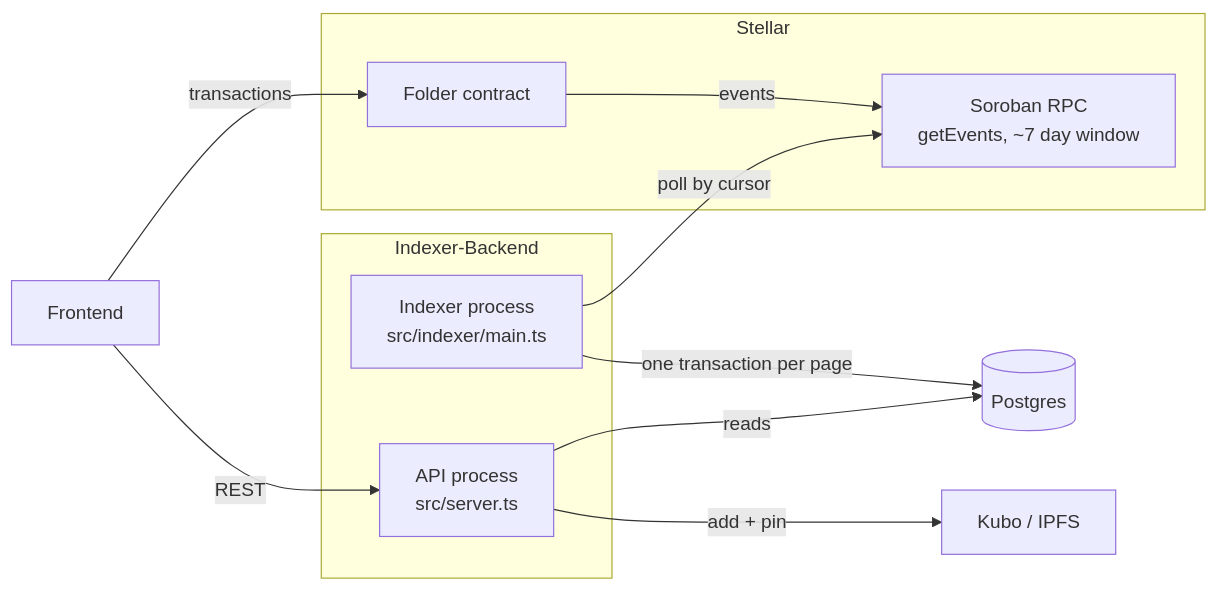
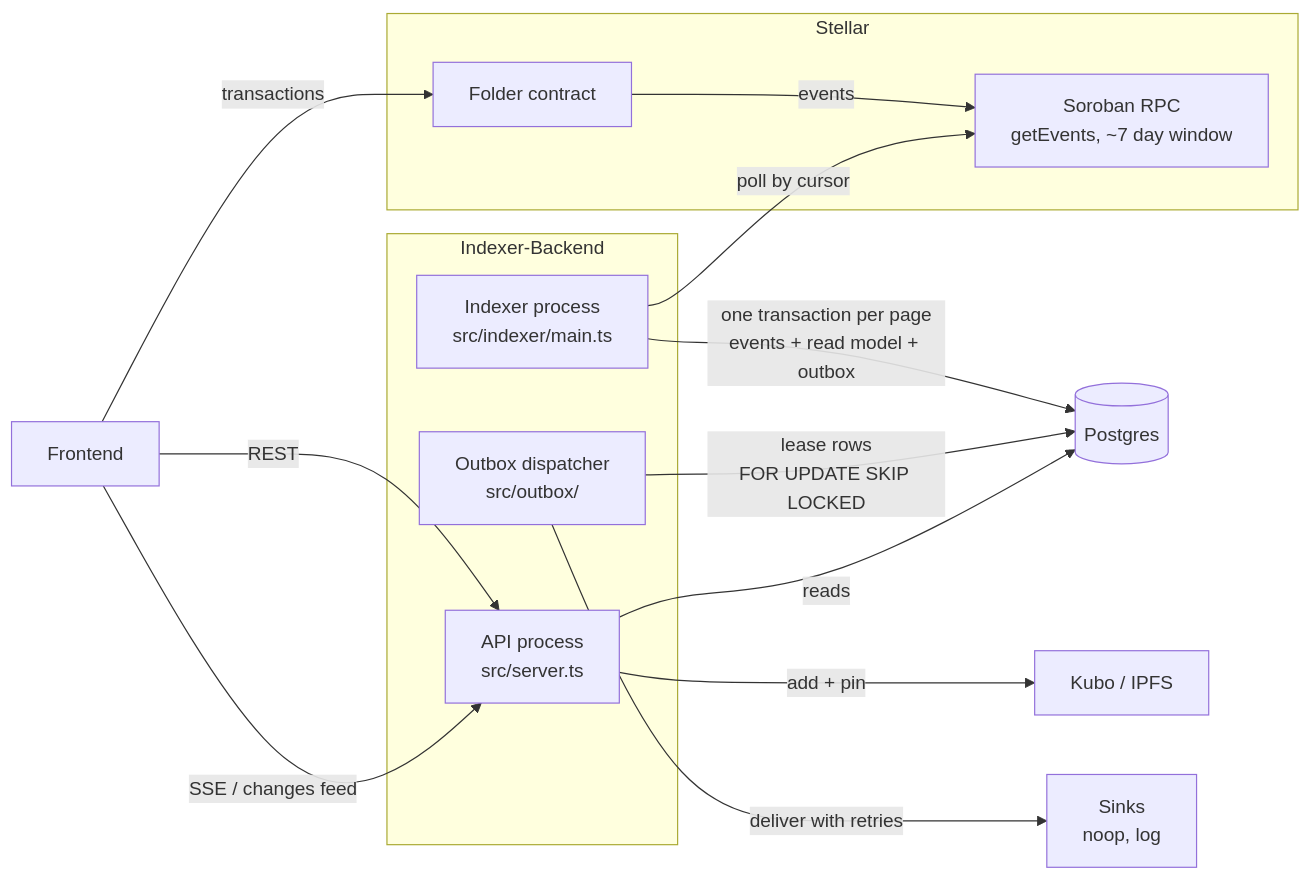
The diagram in docs/architecture.md (D-Indexer/Indexer-Backend), drawn with Mermaid before and after one commit. The commit also changed other lines of this file and 10 other files, not shown here.

````diff
--- a/docs/architecture.md
+++ b/docs/architecture.md
@@ -8,22 +8,27 @@
 ```mermaid
 flowchart LR
   subgraph Stellar
     C[Folder contract]
     RPC[Soroban RPC<br/>getEvents, ~7 day window]
   end
   subgraph Indexer-Backend
     I[Indexer process<br/>src/indexer/main.ts]
+    D[Outbox dispatcher<br/>src/outbox/]
     A[API process<br/>src/server.ts]
   end
   DB[(Postgres)]
   K[Kubo / IPFS]
   F[Frontend]
+  S[Sinks<br/>noop, log]
 
   C -- events --> RPC
   I -- poll by cursor --> RPC
-  I -- one transaction per page --> DB
+  I -- one transaction per page<br/>events + read model + outbox --> DB
+  D -- lease rows<br/>FOR UPDATE SKIP LOCKED --> DB
+  D -- deliver with retries --> S
   A -- reads --> DB
   A -- add + pin --> K
   F -- REST --> A
+  F -- SSE / changes feed --> A
   F -- transactions --> C
 ```
````
